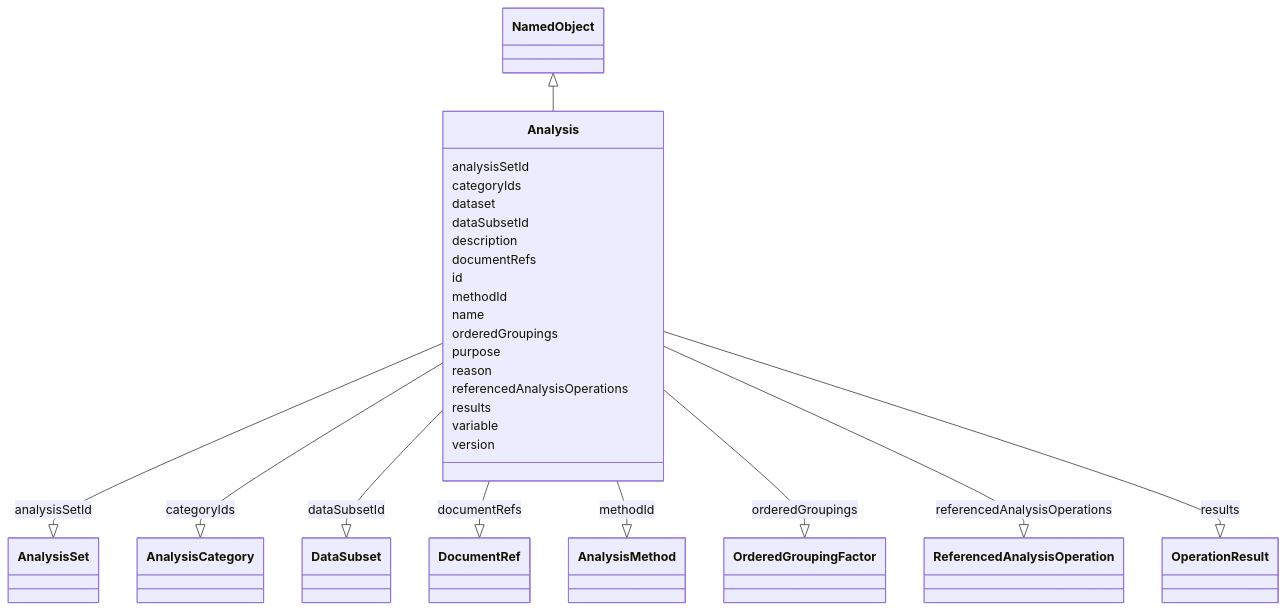
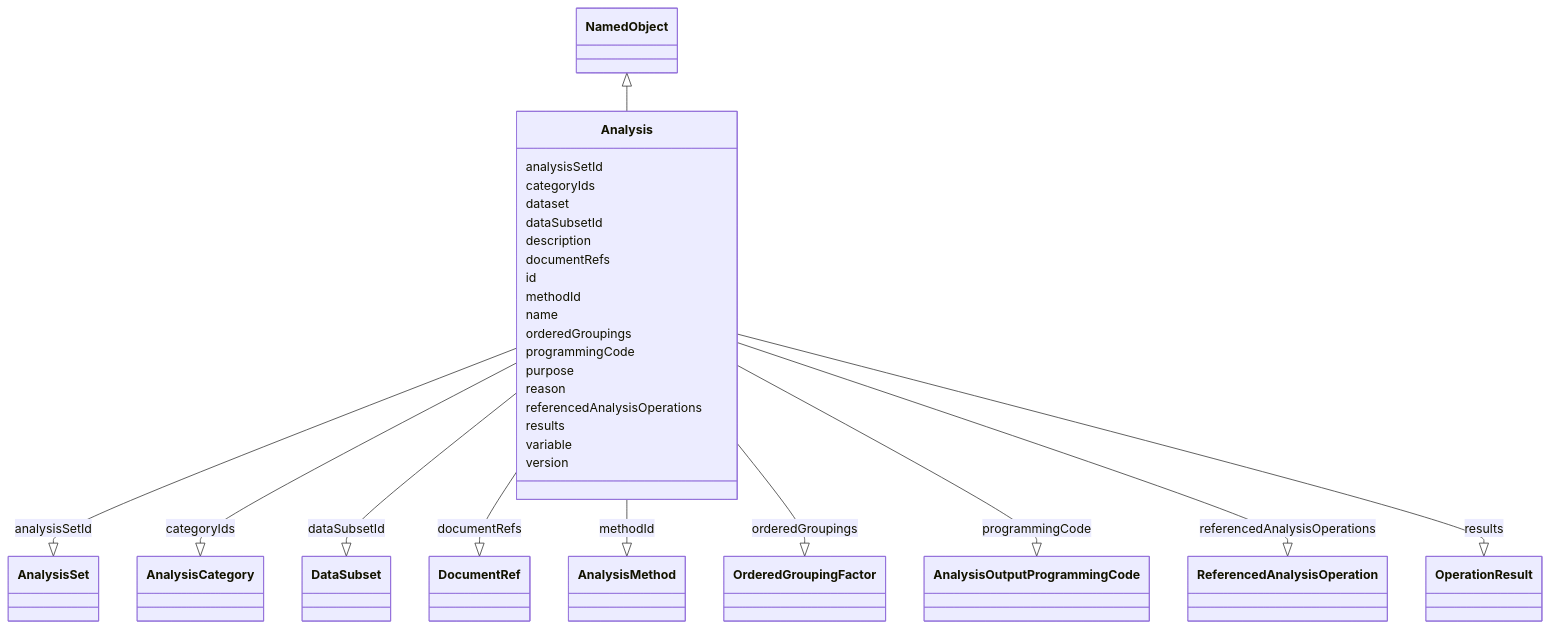
One commit to cdisc-org/analysis-results-standard changed the diagram in project/docs/Analysis.md. Above: the diagram before and after it, drawn with Mermaid. The commit also changed other lines of this file and 303 other files, not shown here.

````diff
--- a/project/docs/Analysis.md
+++ b/project/docs/Analysis.md
@@ -26,55 +26,59 @@
 ```mermaid
  classDiagram
     class Analysis
       NamedObject <|-- Analysis
       
       Analysis : analysisSetId
         
           Analysis --|> AnalysisSet : analysisSetId
         
       Analysis : categoryIds
         
           Analysis --|> AnalysisCategory : categoryIds
         
       Analysis : dataset
         
       Analysis : dataSubsetId
         
           Analysis --|> DataSubset : dataSubsetId
         
       Analysis : description
         
       Analysis : documentRefs
         
           Analysis --|> DocumentRef : documentRefs
         
       Analysis : id
         
       Analysis : methodId
         
           Analysis --|> AnalysisMethod : methodId
         
       Analysis : name
         
       Analysis : orderedGroupings
         
           Analysis --|> OrderedGroupingFactor : orderedGroupings
         
+      Analysis : programmingCode
+        
+          Analysis --|> AnalysisOutputProgrammingCode : programmingCode
+        
       Analysis : purpose
         
       Analysis : reason
         
       Analysis : referencedAnalysisOperations
         
           Analysis --|> ReferencedAnalysisOperation : referencedAnalysisOperations
         
       Analysis : results
         
           Analysis --|> OperationResult : results
         
       Analysis : variable
         
       Analysis : version
         
       
 ```
````
